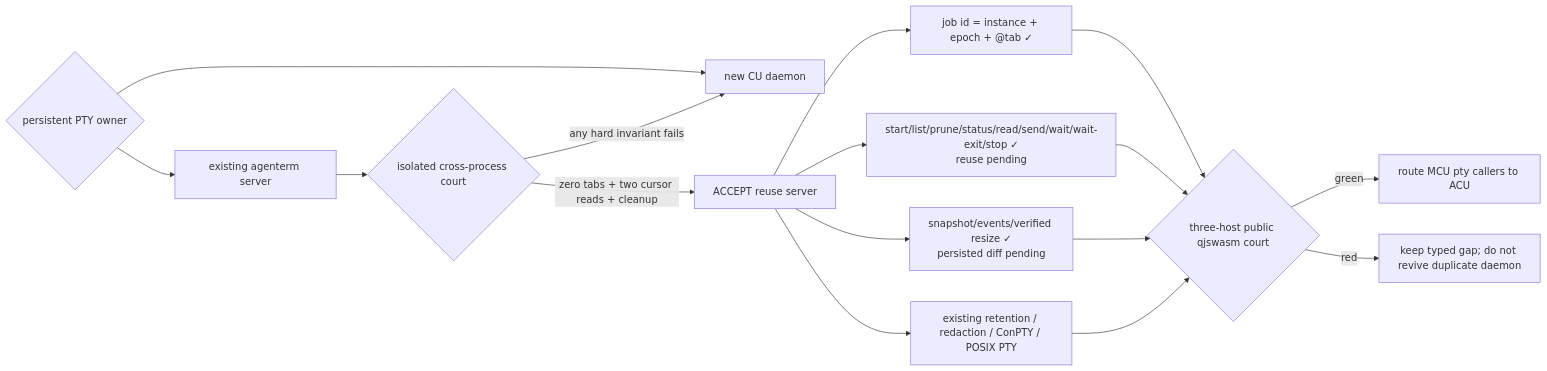
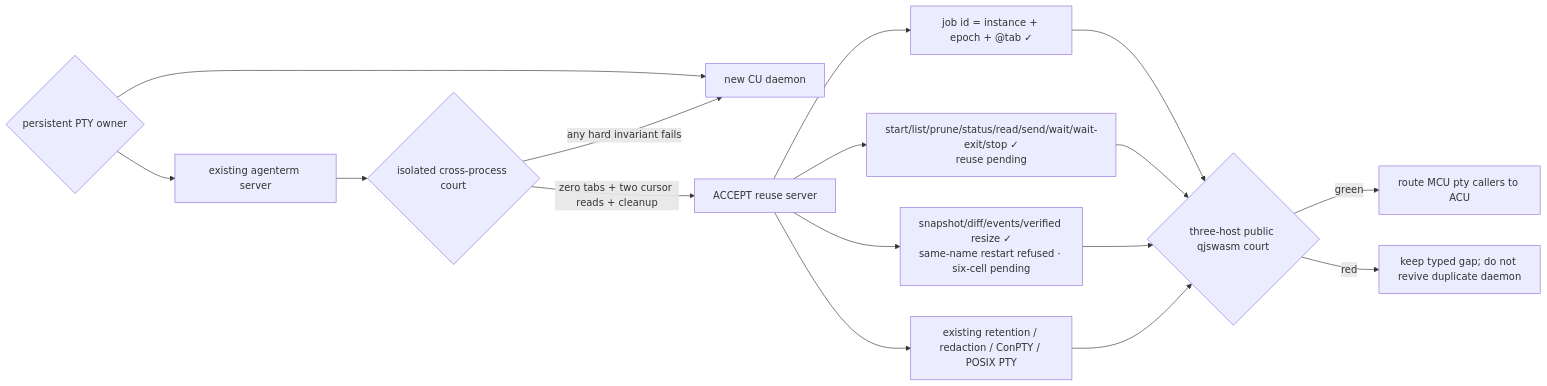
The diagram in plan/experiment-headless-pty-owner.md (partnernetsoftware/agenterm), drawn with Mermaid before and after one commit. The commit also changed other lines of this file and 20 other files, not shown here.

````diff
--- a/plan/experiment-headless-pty-owner.md
+++ b/plan/experiment-headless-pty-owner.md
@@ -104,19 +105,19 @@
 ```mermaid
 flowchart LR
   Q{"persistent PTY owner"}
   Q --> A["existing agenterm server"]
   Q --> B["new CU daemon"]
   A --> C{"isolated cross-process court"}
   C -->|"zero tabs + two cursor reads + cleanup"| D["ACCEPT reuse server"]
   C -->|"any hard invariant fails"| B
   D --> I["job id = instance + epoch + @tab ✓"]
   D --> S["start/list/prune/status/read/send/wait/wait-exit/stop ✓<br/>reuse pending"]
-  D --> E["snapshot/events/verified resize ✓<br/>persisted diff pending"]
+  D --> E["snapshot/diff/events/verified resize ✓<br/>same-name restart refused · six-cell pending"]
   D --> R["existing retention / redaction / ConPTY / POSIX PTY"]
   I --> G{"three-host public qjswasm court"}
   S --> G
   E --> G
   R --> G
   G -->|green| M["route MCU pty callers to ACU"]
   G -->|red| K["keep typed gap; do not revive duplicate daemon"]
 ```
````
